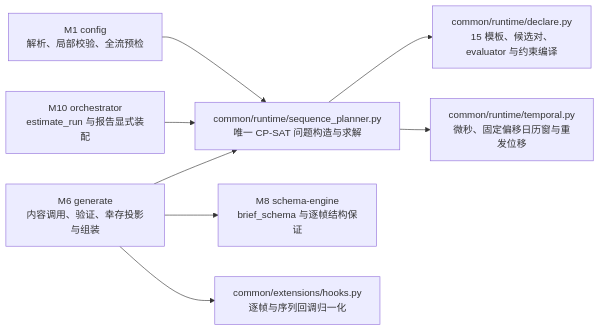
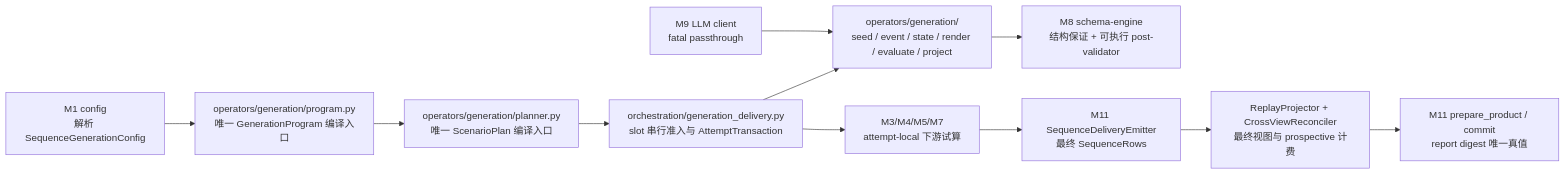
One commit to HoldThatThgt/LabelKit changed the diagram in spec/30-ch3-modules-intro.md. Above: the diagram before and after it, drawn with Mermaid. The commit also changed other lines of this file and 37 other files, not shown here.

Commit message:
docs: align v1.18 sequence generation contracts

````diff
--- a/spec/30-ch3-modules-intro.md
+++ b/spec/30-ch3-modules-intro.md
@@ -9,10 +9,13 @@
 ```mermaid
 flowchart LR
-    M1["M1 config<br/>解析、局部校验、全流预检"] --> P["common/runtime/sequence_planner.py<br/>唯一 CP-SAT 问题构造与求解"]
-    M10["M10 orchestrator<br/>estimate_run 与报告显式装配"] --> P
-    M6["M6 generate<br/>内容调用、验证、幸存投影与组装"] --> P
-    P --> D["common/runtime/declare.py<br/>15 模板、候选对、evaluator 与约束编译"]
-    P --> T["common/runtime/temporal.py<br/>微秒、固定偏移日历窗与重发位移"]
-    M6 --> M8["M8 schema-engine<br/>brief_schema 与逐帧结构保证"]
-    M6 --> H["common/extensions/hooks.py<br/>逐帧与序列回调归一化"]
+    M1["M1 config<br/>解析 SequenceGenerationConfig"] --> GC["operators/generation/program.py<br/>唯一 GenerationProgram 编译入口"]
+    GC --> P["operators/generation/planner.py<br/>唯一 ScenarioPlan 编译入口"]
+    P --> D["orchestration/generation_delivery.py<br/>slot 串行准入与 AttemptTransaction"]
+    D --> G["operators/generation/<br/>seed / event / state / render / evaluate / project"]
+    G --> M8["M8 schema-engine<br/>结构保证 + 可执行 post-validator"]
+    D --> DS["M3/M4/M5/M7<br/>attempt-local 下游试算"]
+    DS --> E["M11 SequenceDeliveryEmitter<br/>最终 SequenceRows"]
+    E --> R["ReplayProjector + CrossViewReconciler<br/>最终视图与 prospective 计费"]
+    R --> C["M11 prepare_product / commit<br/>report digest 唯一真值"]
+    M9["M9 LLM client<br/>fatal passthrough"] --> G
 ```
````
